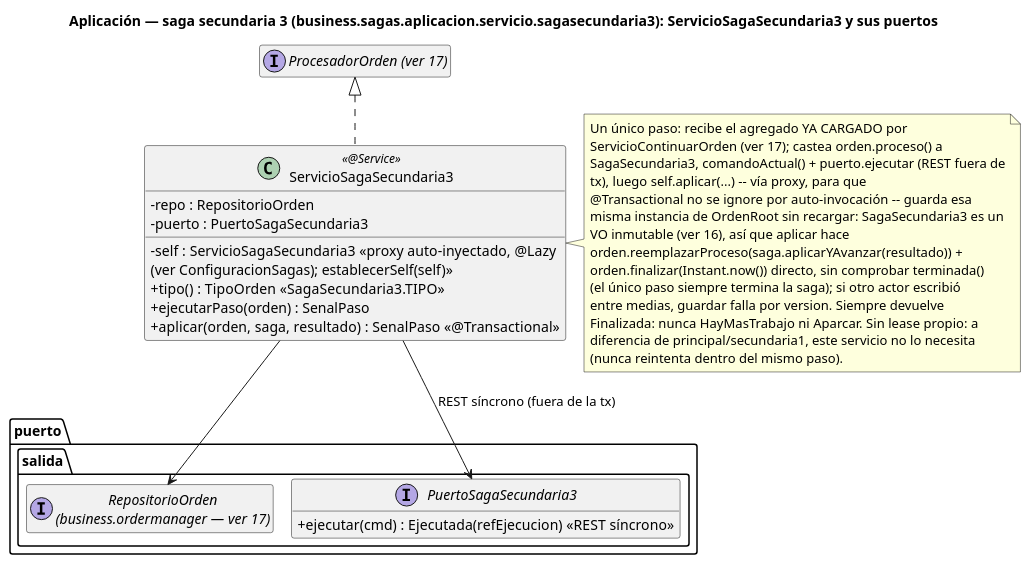
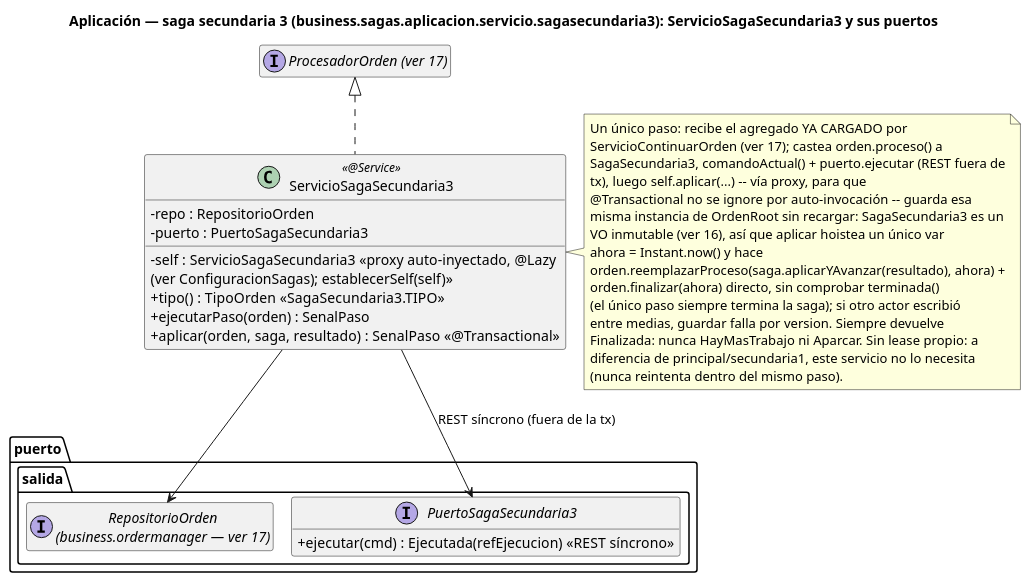
One commit to ralcazar/patrones changed the diagram in order-manager/docs/21-clases-aplicacion-saga-secundaria3.puml. Above: the diagram before and after it, drawn with PlantUML. The commit also changed 56 other files, not shown here.

```diff
--- a/order-manager/docs/21-clases-aplicacion-saga-secundaria3.puml
+++ b/order-manager/docs/21-clases-aplicacion-saga-secundaria3.puml
@@ -1,44 +1,45 @@
 @startuml 21-clases-aplicacion-saga-secundaria3
 title Aplicación — saga secundaria 3 (business.sagas.aplicacion.servicio.sagasecundaria3): ServicioSagaSecundaria3 y sus puertos
 !pragma layout smetana
 hide empty members
 skinparam classAttributeIconSize 0
 
 interface "ProcesadorOrden (ver 17)" as Base
 
 class ServicioSagaSecundaria3 <<@Service>> {
   -repo : RepositorioOrden
   -puerto : PuertoSagaSecundaria3
   -self : ServicioSagaSecundaria3  «proxy auto-inyectado, @Lazy\n(ver ConfiguracionSagas); establecerSelf(self)»
   +tipo() : TipoOrden  «SagaSecundaria3.TIPO»
   +ejecutarPaso(orden) : SenalPaso
   +aplicar(orden, saga, resultado) : SenalPaso  «@Transactional»
 }
 note right of ServicioSagaSecundaria3
   Un único paso: recibe el agregado YA CARGADO por
   ServicioContinuarOrden (ver 17); castea orden.proceso() a
   SagaSecundaria3, comandoActual() + puerto.ejecutar (REST fuera de
   tx), luego self.aplicar(...) -- vía proxy, para que
   @Transactional no se ignore por auto-invocación -- guarda esa
   misma instancia de OrdenRoot sin recargar: SagaSecundaria3 es un
-  VO inmutable (ver 16), así que aplicar hace
-  orden.reemplazarProceso(saga.aplicarYAvanzar(resultado)) +
-  orden.finalizar(Instant.now()) directo, sin comprobar terminada()
+  VO inmutable (ver 16), así que aplicar hoistea un único var
+  ahora = Instant.now() y hace
+  orden.reemplazarProceso(saga.aplicarYAvanzar(resultado), ahora) +
+  orden.finalizar(ahora) directo, sin comprobar terminada()
   (el único paso siempre termina la saga); si otro actor escribió
   entre medias, guardar falla por version. Siempre devuelve
   Finalizada: nunca HayMasTrabajo ni Aparcar. Sin lease propio: a
   diferencia de principal/secundaria1, este servicio no lo necesita
   (nunca reintenta dentro del mismo paso).
 end note
 
 package "puerto.salida" {
   interface "RepositorioOrden\n(business.ordermanager — ver 17)" as RepositorioOrden
   interface PuertoSagaSecundaria3 {
     +ejecutar(cmd) : Ejecutada(refEjecucion)  «REST síncrono»
   }
 }
 
 Base <|.. ServicioSagaSecundaria3
 ServicioSagaSecundaria3 --> RepositorioOrden
 ServicioSagaSecundaria3 --> PuertoSagaSecundaria3 : REST síncrono (fuera de la tx)
 @enduml
```
